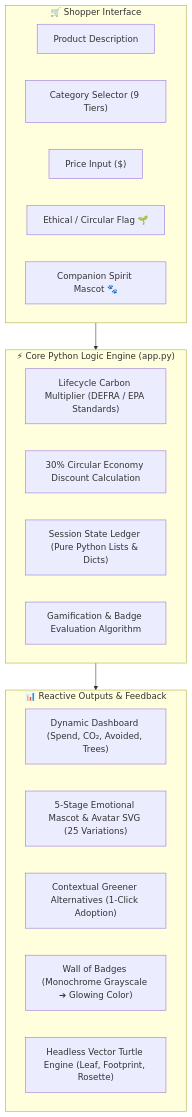
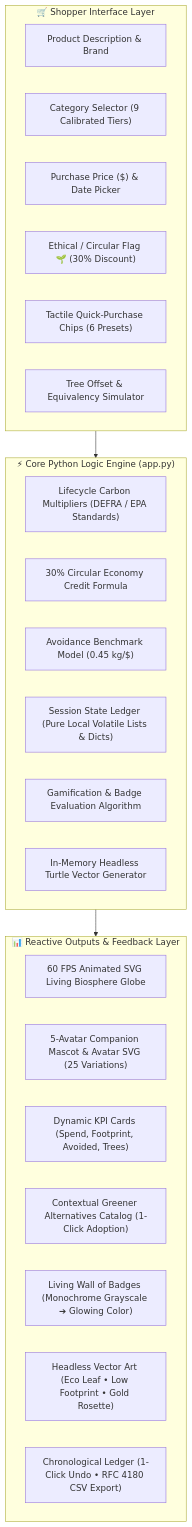
One commit to parthibcpana/IDAI102-1000544-PARTH-PARVINBHAI-GAJERA-SA changed the first of 7 diagrams in README.md. Above: the diagram before and after it, drawn with Mermaid. The commit also changed other lines of this file and 3 other files, not shown here.

Commit message:
docs(SA): elevate documentation with centered layout, rich diagrams, and screenshot gallery

````diff
--- a/README.md
+++ b/README.md
@@ -28,28 +34,33 @@
 ```mermaid
 flowchart TD
-    subgraph UI_Inputs ["🛒 Shopper Interface"]
-        A1["Product Description"]
-        A2["Category Selector (9 Tiers)"]
-        A3["Price Input ($)"]
-        A4["Ethical / Circular Flag 🌱"]
-        A5["Companion Spirit Mascot 🐾"]
+    subgraph UI_Inputs ["🛒 Shopper Interface Layer"]
+        A1["Product Description & Brand"]
+        A2["Category Selector (9 Calibrated Tiers)"]
+        A3["Purchase Price ($) & Date Picker"]
+        A4["Ethical / Circular Flag 🌱 (30% Discount)"]
+        A5["Tactile Quick-Purchase Chips (6 Presets)"]
+        A6["Tree Offset & Equivalency Simulator"]
     end
 
-    subgraph Engine ["⚡ Core Python Logic Engine (app.py)"]
-        B1["Lifecycle Carbon Multiplier (DEFRA / EPA Standards)"]
-        B2["30% Circular Economy Discount Calculation"]
-        B3["Session State Ledger (Pure Python Lists & Dicts)"]
-        B4["Gamification & Badge Evaluation Algorithm"]
+    subgraph Core_Engine ["⚡ Core Python Logic Engine (app.py)"]
+        B1["Lifecycle Carbon Multipliers (DEFRA / EPA Standards)"]
+        B2["30% Circular Economy Credit Formula"]
+        B3["Avoidance Benchmark Model (0.45 kg/$)"]
+        B4["Session State Ledger (Pure Local Volatile Lists & Dicts)"]
+        B5["Gamification & Badge Evaluation Algorithm"]
+        B6["In-Memory Headless Turtle Vector Generator"]
     end
 
-    subgraph Reactive_Outputs ["📊 Reactive Outputs & Feedback"]
-        C1["Dynamic Dashboard (Spend, CO₂, Avoided, Trees)"]
-        C2["5-Stage Emotional Mascot & Avatar SVG (25 Variations)"]
-        C3["Contextual Greener Alternatives (1-Click Adoption)"]
-        C4["Wall of Badges (Monochrome Grayscale ➔ Glowing Color)"]
-        C5["Headless Vector Turtle Engine (Leaf, Footprint, Rosette)"]
+    subgraph Reactive_Outputs ["📊 Reactive Outputs & Feedback Layer"]
+        C1["60 FPS Animated SVG Living Biosphere Globe"]
+        C2["5-Avatar Companion Mascot & Avatar SVG (25 Variations)"]
+        C3["Dynamic KPI Cards (Spend, Footprint, Avoided, Trees)"]
+        C4["Contextual Greener Alternatives Catalog (1-Click Adoption)"]
+        C5["Living Wall of Badges (Monochrome Grayscale ➔ Glowing Color)"]
+        C6["Headless Vector Art (Eco Leaf • Low Footprint • Gold Rosette)"]
+        C7["Chronological Ledger (1-Click Undo • RFC 4180 CSV Export)"]
     end
 
-    UI_Inputs --> Engine
-    Engine --> Reactive_Outputs
+    UI_Inputs --> Core_Engine
+    Core_Engine --> Reactive_Outputs
 ```
````
